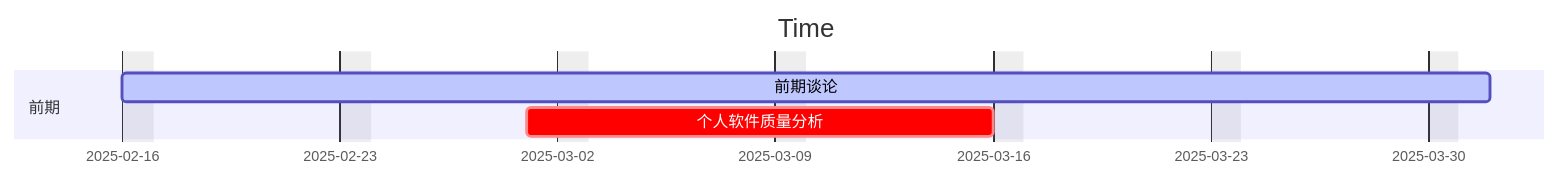
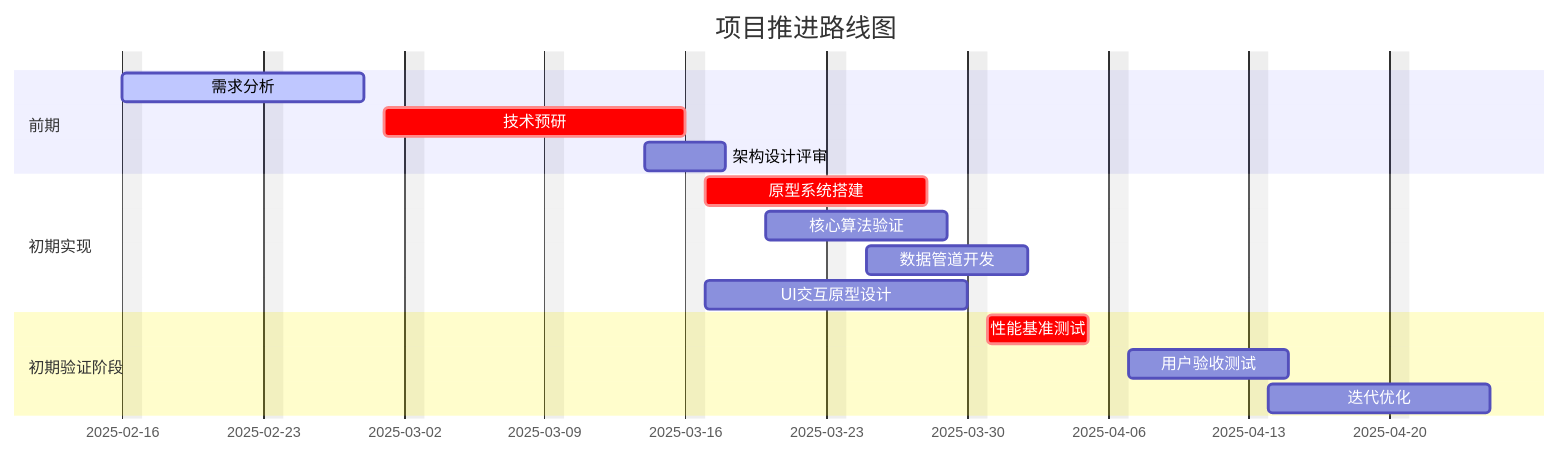
Before and after one commit to bjhh2005/Thryve: the diagram in README.md, drawn with Mermaid. The commit also changed other lines of this file and 27 other files, not shown here.

````diff
--- a/README.md
+++ b/README.md
@@ -4,11 +4,23 @@
 ```mermaid
 gantt
-    title Time
+    title 项目推进路线图
     dateFormat  YYYY-MM-DD
     excludes    sunday
 
     section 前期
-    前期谈论:active , 2025-02-16, 2025-04-01
-    个人软件质量分析:crit, 2025-3-1 , 13d
+    需求分析      :active, 2025-02-16, 2025-02-28
+    技术预研      :crit, 2025-03-01, 13d
+    架构设计评审  : 2025-03-14, 3d
+
+    section 初期实现
+    原型系统搭建          :crit, 2025-03-17, 10d
+    核心算法验证          : 2025-03-20, 8d
+    数据管道开发          : 2025-03-25, 7d
+    UI交互原型设计        : 2025-03-17, 12d
+
+    section 初期验证阶段
+    性能基准测试  :crit, 2025-03-31, 5d
+    用户验收测试  : 2025-04-07, 7d
+    迭代优化      : 2025-04-14, 10d
     
 ```
````
